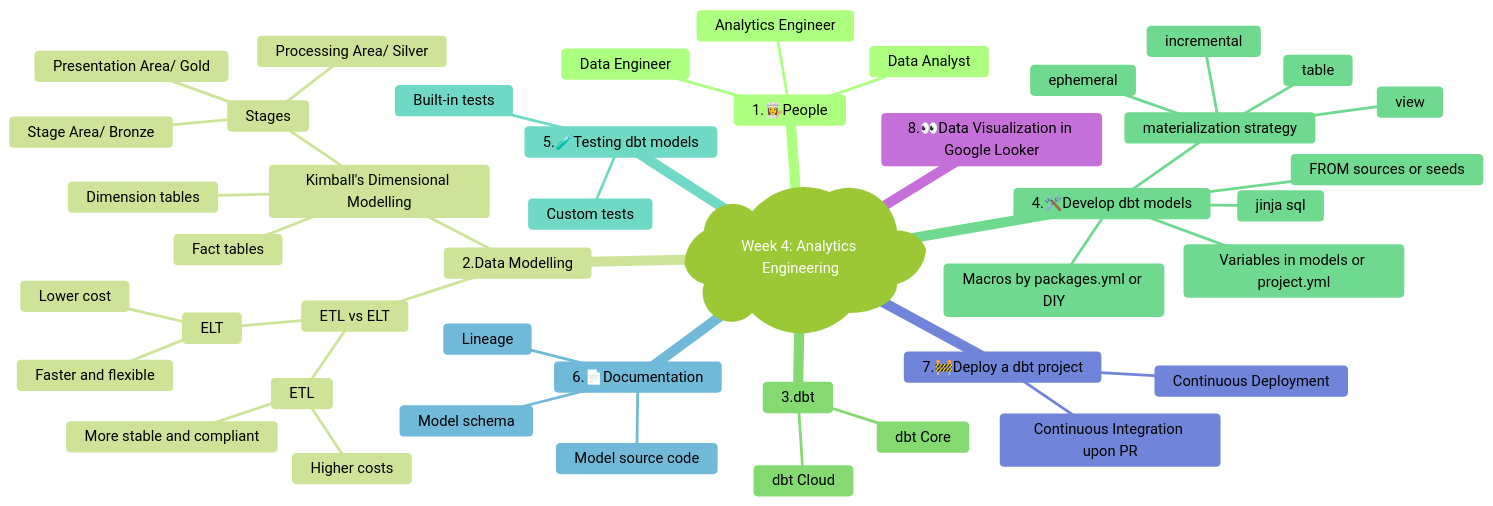
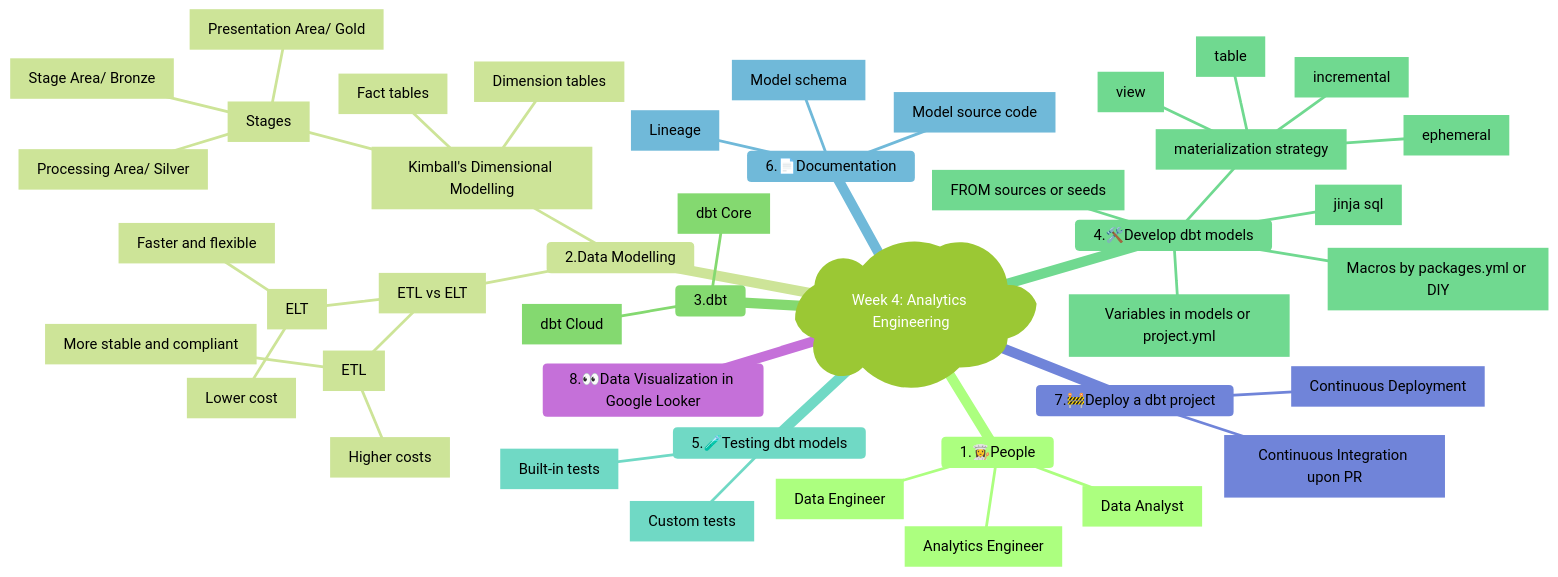
The diagram in README.md (alangan17/DataEngineerZoomCamp2024Week4), drawn with Mermaid (forest theme) before and after one commit.

````diff
--- a/README.md
+++ b/README.md
@@ -8,47 +8,48 @@
 ```mermaid
 mindmap
     id1)Week 4: Analytics Engineering(
         1.👩‍🍳People
-            Data Engineer
-            Analytics Engineer
-            Data Analyst
+            id2["Data Engineer"]
+            id3["Analytics Engineer"]
+            id4["Data Analyst"]
         2.Data Modelling
-            ETL vs ELT
-                ETL
-                    More stable and compliant
-                    Higher costs
-                ELT
-                    Faster and flexible
-                    Lower cost
-            Kimball's Dimensional Modelling
-                Fact tables
-                Dimension tables
-                Stages
-                    Stage Area/ Bronze
-                    Processing Area/ Silver
-                    Presentation Area/ Gold
+            id5["ETL vs ELT"]
+                id6["ETL"]
+                    id7["More stable and compliant"]
+                    id8["Higher costs"]
+                id9["ELT"]
+                    id10["Faster and flexible"]
+                    id11["Lower cost"]
+            id12["Kimball's Dimensional Modelling"]
+                id13["Fact tables"]
+                id14["Dimension tables"]
+                id15["Stages"]
+                    id16["Stage Area/ Bronze"]
+                    id17["Processing Area/ Silver"]
+                    id18["Presentation Area/ Gold"]
         3.dbt
-                dbt Core
-                dbt Cloud
+            id19["dbt Core"]
+            id20["dbt Cloud"]
         4.🛠️Develop dbt models
-            jinja sql
-            materialization strategy
-                view
-                table
-                incremental
-                ephemeral
-            FROM sources or seeds
-            Macros by packages.yml or DIY
-            Variables in models or project.yml
+            id21["jinja sql"]
+            id22["materialization strategy"]
+                id23["view"]
+                id24["table"]
+                id25["incremental"]
+                id26["ephemeral"]
+            id27["FROM sources or seeds"]
+            id28["Macros by packages.yml or DIY"]
+            id29["Variables in models or project.yml"]
         5.🧪Testing dbt models
-            Built-in tests
-            Custom tests
+            id30["Built-in tests"]
+            id31["Custom tests"]
         6.📄Documentation
-            Model source code
-            Model schema
-            Lineage
+            id32["Model source code"]
+            id33["Model schema"]
+            id34["Lineage"]
         7.🚧Deploy a dbt project
-            Continuous Integration upon PR
-            Continuous Deployment
+            id35["Continuous Integration upon PR"]
+            id36["Continuous Deployment"]
         8.👀Data Visualization in Google Looker
+
 ```
````
